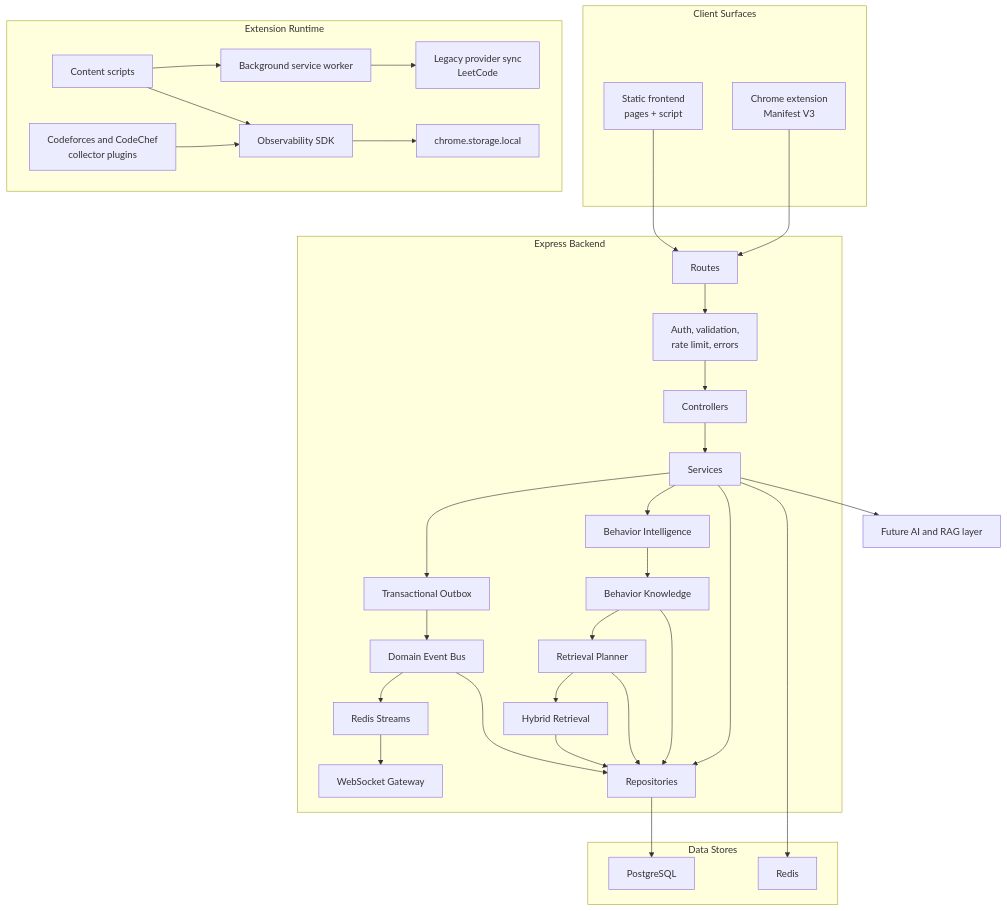
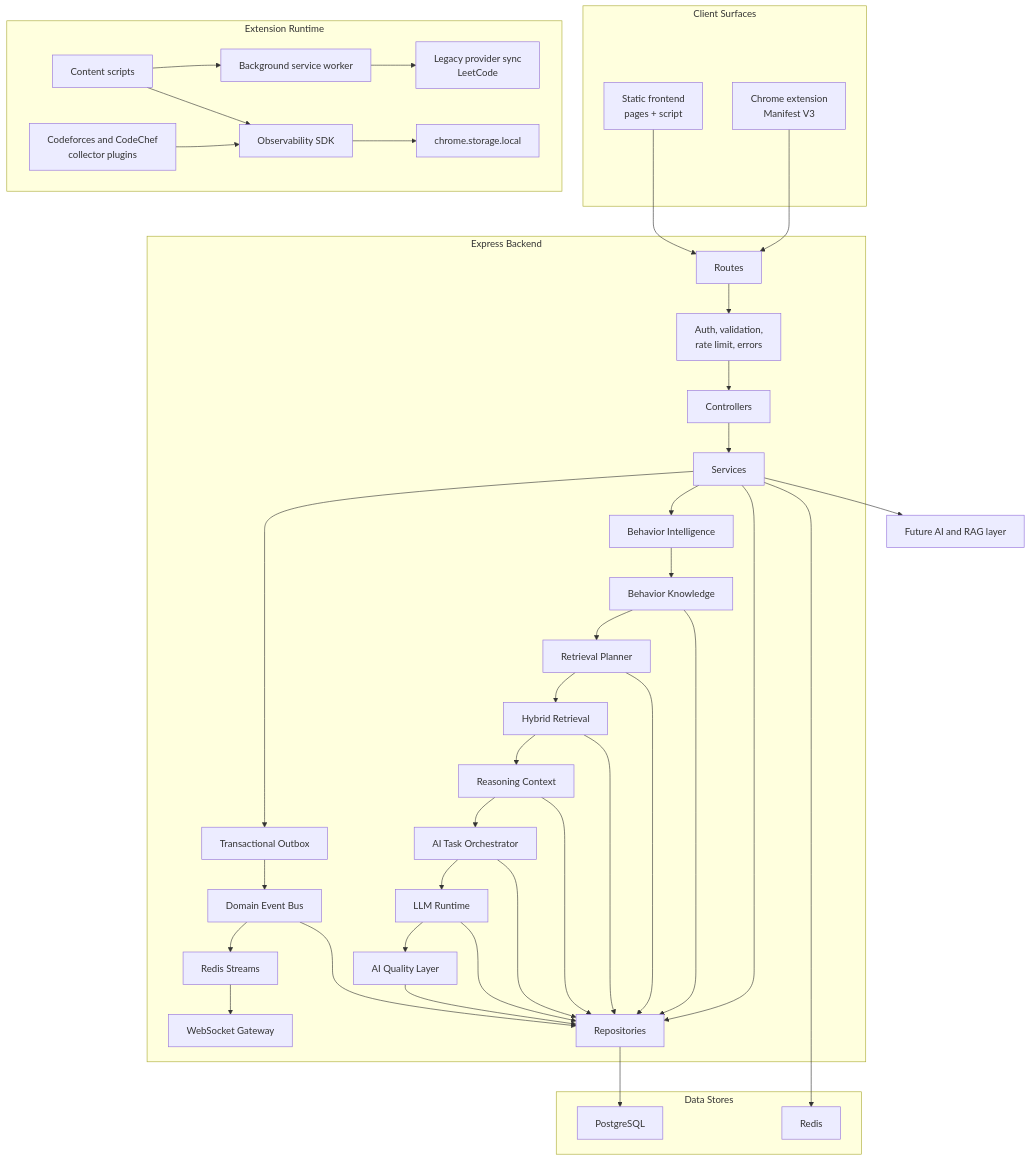
The first of 2 diagrams in docs/architecture/system-overview.md (Absosh/CPInsight), drawn with Mermaid before and after one commit. The commit also changed other lines of this file and 154 other files, not shown here.

Commit message:
feat(ai): add runtime quality layer and design system

````diff
--- a/docs/architecture/system-overview.md
+++ b/docs/architecture/system-overview.md
@@ -9,66 +9,78 @@
 ```mermaid
 flowchart TB
   subgraph Client["Client Surfaces"]
     Frontend["Static frontend\npages + script"]
     Extension["Chrome extension\nManifest V3"]
   end
 
   subgraph ExtensionRuntime["Extension Runtime"]
     SW["Background service worker"]
     Content["Content scripts"]
     Providers["Legacy provider sync\nLeetCode"]
     SDK["Observability SDK"]
     Collectors["Codeforces and CodeChef\ncollector plugins"]
     ChromeStorage["chrome.storage.local"]
   end
 
   subgraph API["Express Backend"]
     Routes["Routes"]
     Controllers["Controllers"]
     Services["Services"]
     Outbox["Transactional Outbox"]
     DomainBus["Domain Event Bus"]
     RedisEvents["Redis Streams"]
     Realtime["WebSocket Gateway"]
     Behavior["Behavior Intelligence"]
     Knowledge["Behavior Knowledge"]
     Planner["Retrieval Planner"]
     Retrieval["Hybrid Retrieval"]
+    Reasoning["Reasoning Context"]
+    TaskPlan["AI Task Orchestrator"]
+    Runtime["LLM Runtime"]
+    Quality["AI Quality Layer"]
     Repositories["Repositories"]
     Middleware["Auth, validation,\nrate limit, errors"]
   end
 
   subgraph Data["Data Stores"]
     Postgres["PostgreSQL"]
     Redis["Redis"]
   end
 
   FutureAI["Future AI and RAG layer"]
 
   Frontend --> Routes
   Extension --> Routes
   Content --> SW
   Content --> SDK
   Collectors --> SDK
   SDK --> ChromeStorage
   SW --> Providers
   Routes --> Middleware
   Middleware --> Controllers
   Controllers --> Services
   Services --> Outbox
   Outbox --> DomainBus
   DomainBus --> RedisEvents
   RedisEvents --> Realtime
   Services --> Behavior
   Behavior --> Knowledge
   Knowledge --> Planner
   Planner --> Retrieval
+  Retrieval --> Reasoning
+  Reasoning --> TaskPlan
+  TaskPlan --> Runtime
+  Runtime --> Quality
+  Quality --> Repositories
+  Runtime --> Repositories
+  TaskPlan --> Repositories
+  Reasoning --> Repositories
   Retrieval --> Repositories
   Planner --> Repositories
   Knowledge --> Repositories
   DomainBus --> Repositories
   Services --> Repositories
   Repositories --> Postgres
   Services --> Redis
   Services --> FutureAI
 ```
````
